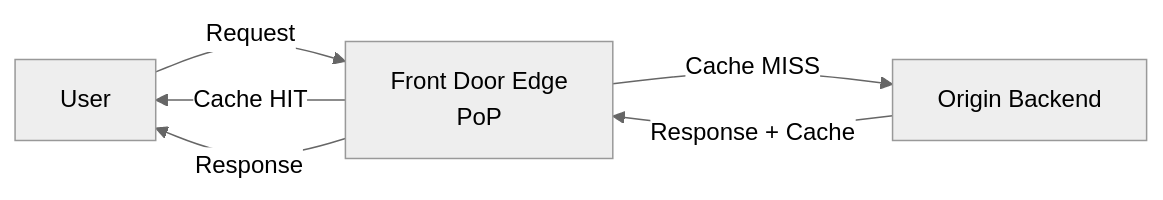
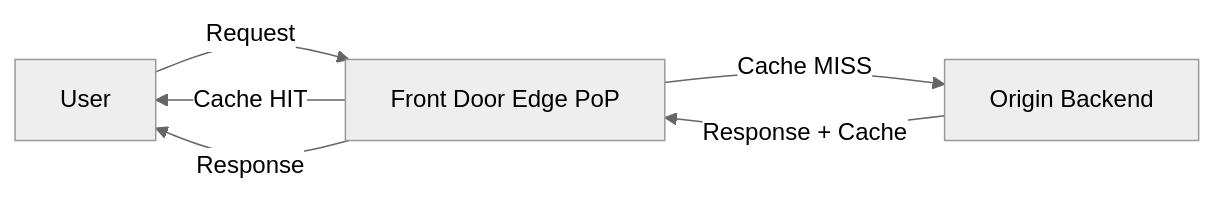
The fourth of 6 diagrams in Microsoft 365/Azure/Netzwerk/Azure Front Door.md (SoniiiT/notes-n-docs), drawn with Mermaid (neutral theme) before and after one commit. The commit also changed other lines of this file and 124 other files, not shown here.

First line of the commit message:
fix: Entferne \n aus allen Mermaid-Diagrammen (125 Dateien)

````diff
--- a/Microsoft 365/Azure/Netzwerk/Azure Front Door.md
+++ b/Microsoft 365/Azure/Netzwerk/Azure Front Door.md
@@ -154,8 +154,8 @@
 ```mermaid
 graph LR
-    USER[User] -->|Request| EDGE[Front Door Edge\nPoP]
+    USER[User] -->|Request| EDGE[Front Door Edge PoP]
     EDGE -->|Cache HIT| USER
     EDGE -->|Cache MISS| ORIGIN[Origin Backend]
     ORIGIN -->|Response + Cache| EDGE
     EDGE -->|Response| USER
 ```
````
